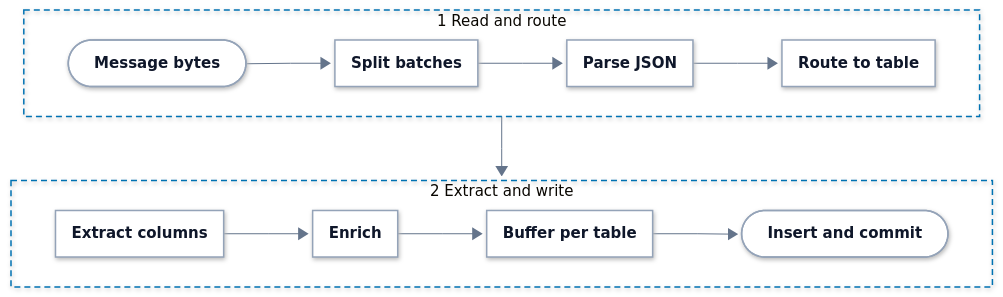
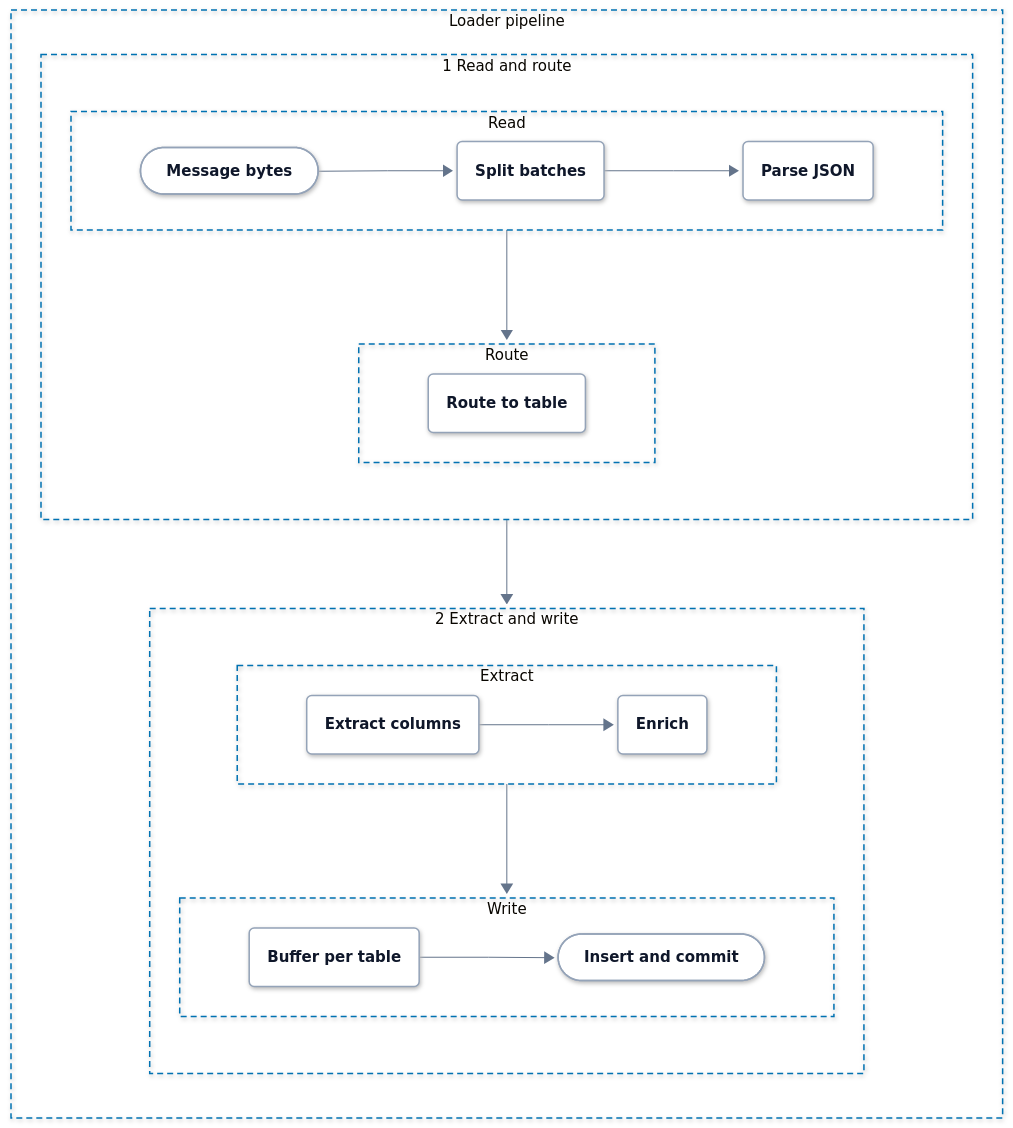
One commit to hyperi-io/dfe-loader changed the diagram in docs/pipeline/overview.md. Above: the diagram before and after it, drawn with Mermaid. The commit also changed other lines of this file and 19 other files, not shown here.

First line of the commit message:
docs(architecture): bring the loader pages to the architecture standard

````diff
--- a/docs/pipeline/overview.md
+++ b/docs/pipeline/overview.md
@@ -64,15 +64,36 @@
     accTitle: L4 Detail -- Loader pipeline
     accDescr: Two stages run in order. Read and route takes message bytes, splits batched messages, parses JSON and routes each record to a table. Extract and write extracts the header and schema columns, enriches, buffers per table, then inserts and commits offsets.
 
-    subgraph s1["1 Read and route"]
-        direction LR
-        bytes(["<b>Message bytes</b>"]) --> split["<b>Split batches</b>"] --> parse["<b>Parse JSON</b>"] --> route["<b>Route to table</b>"]
+    subgraph pass["Loader pipeline"]
+        direction TB
+        subgraph s1["1 Read and route"]
+            direction TB
+            subgraph s1a["Read"]
+                direction LR
+                bytes(["<b>Message bytes</b>"]) --> split("<b>Split batches</b>") --> parse("<b>Parse JSON</b>")
+            end
+            subgraph s1b["Route"]
+                direction LR
+                route("<b>Route to table</b>")
+            end
+            s1a --> s1b
+        end
+        subgraph s2["2 Extract and write"]
+            direction TB
+            subgraph s2a["Extract"]
+                direction LR
+                extract("<b>Extract columns</b>") --> enrich("<b>Enrich</b>")
+            end
+            subgraph s2b["Write"]
+                direction LR
+                buffer("<b>Buffer per table</b>") --> insert(["<b>Insert and commit</b>"])
+            end
+            s2a --> s2b
+        end
+        s1 --> s2
     end
-    subgraph s2["2 Extract and write"]
-        direction LR
-        extract["<b>Extract columns</b>"] --> enrich["<b>Enrich</b>"] --> buffer["<b>Buffer per table</b>"] --> insert(["<b>Insert and commit</b>"])
-    end
-    s1 --> s2
+  class bytes,split,parse,route,extract,enrich,buffer,insert part
+  class bytes,split,parse,route,extract,enrich,buffer,insert part
   classDef ext fill:#F4F6F8,stroke:#94A3B8,stroke-width:1.5px,stroke-dasharray:5 4,color:#0F172A
   classDef ingest fill:#FFFFFF,stroke:#0E8A7D,stroke-width:3px,color:#0F172A
   classDef xform fill:#FFFFFF,stroke:#7B4FB0,stroke-width:3px,color:#0F172A
@@ -84,7 +105,11 @@
   classDef error fill:#FFFFFF,stroke:#C2410C,stroke-width:3px,color:#0F172A
   classDef control fill:#FFFFFF,stroke:#334155,stroke-width:3px,color:#0F172A
   classDef part fill:#FFFFFF,stroke:#94A3B8,stroke-width:1.5px,color:#0F172A
-  class bytes,split,parse,route,extract,enrich,buffer,insert part
+  style pass fill:none,stroke:#0072B2,stroke-width:1.5px,stroke-dasharray:6 4
   style s1 fill:none,stroke:#0072B2,stroke-width:1.5px,stroke-dasharray:6 4
+  style s1a fill:none,stroke:#0072B2,stroke-width:1.5px,stroke-dasharray:6 4
+  style s1b fill:none,stroke:#0072B2,stroke-width:1.5px,stroke-dasharray:6 4
   style s2 fill:none,stroke:#0072B2,stroke-width:1.5px,stroke-dasharray:6 4
+  style s2a fill:none,stroke:#0072B2,stroke-width:1.5px,stroke-dasharray:6 4
+  style s2b fill:none,stroke:#0072B2,stroke-width:1.5px,stroke-dasharray:6 4
 ```
````
